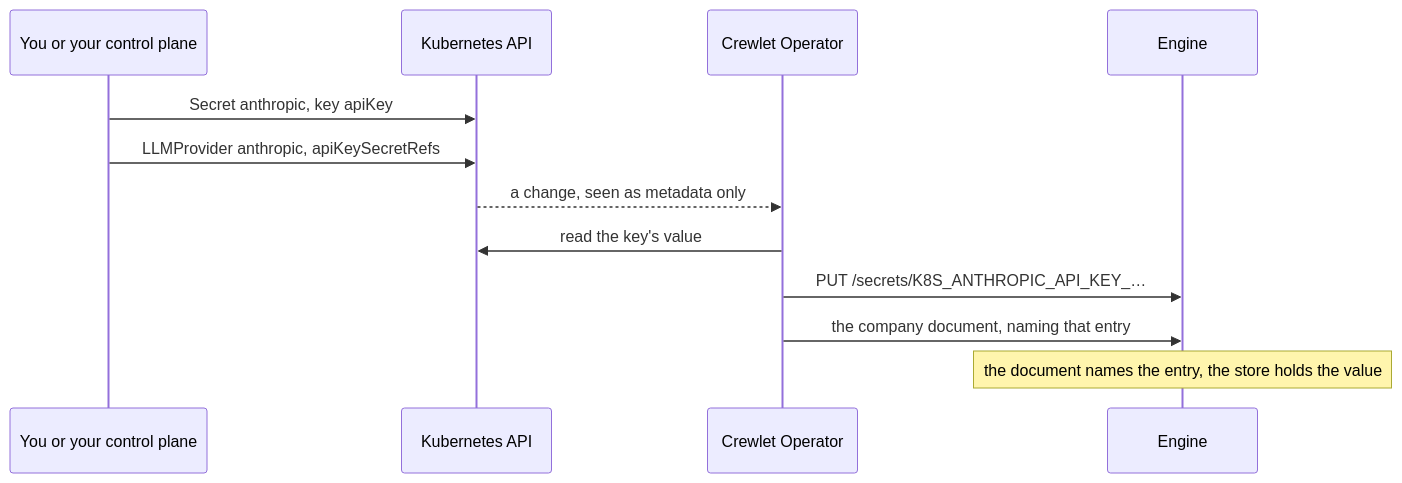
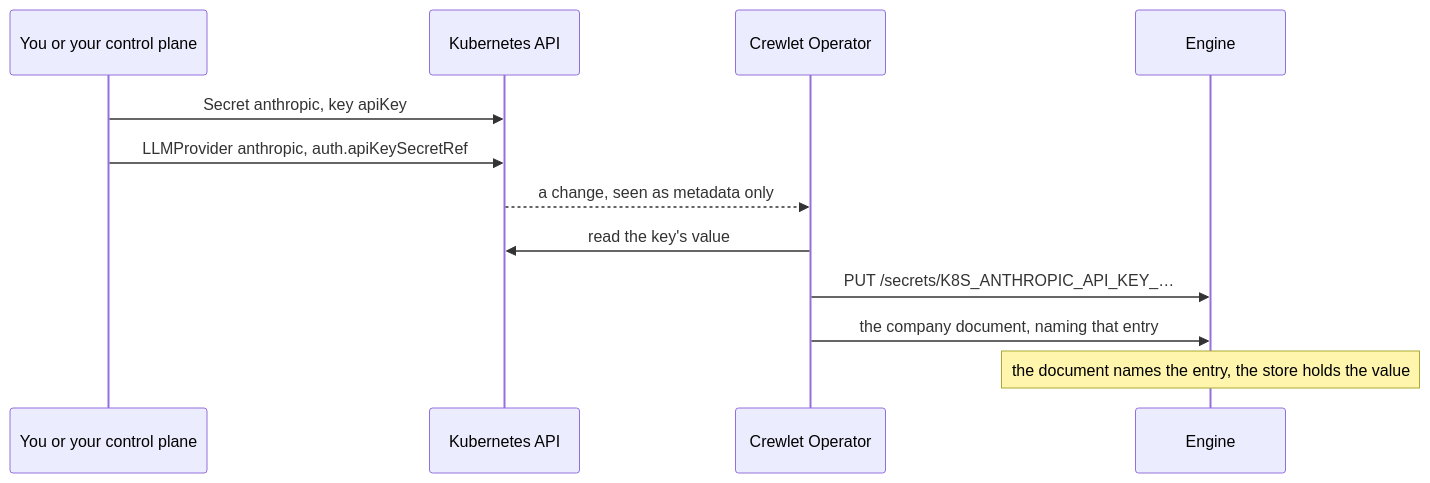
One commit to crewlet/crewlet-operator changed the diagram in docs/guides/credentials.md. Above: the diagram before and after it, drawn with Mermaid. The commit also changed other lines of this file and 91 other files, not shown here.

````diff
--- a/docs/guides/credentials.md
+++ b/docs/guides/credentials.md
@@ -13,14 +13,14 @@
 ```mermaid
 sequenceDiagram
     participant Y as You or your control plane
     participant K as Kubernetes API
     participant O as Crewlet Operator
     participant E as Engine
     Y->>K: Secret anthropic, key apiKey
-    Y->>K: LLMProvider anthropic, apiKeySecretRefs
+    Y->>K: LLMProvider anthropic, auth.apiKeySecretRef
     K-->>O: a change, seen as metadata only
     O->>K: read the key's value
     O->>E: PUT /secrets/K8S_ANTHROPIC_API_KEY_…
     O->>E: the company document, naming that entry
     Note over E: the document names the entry, the store holds the value
 ```
````
